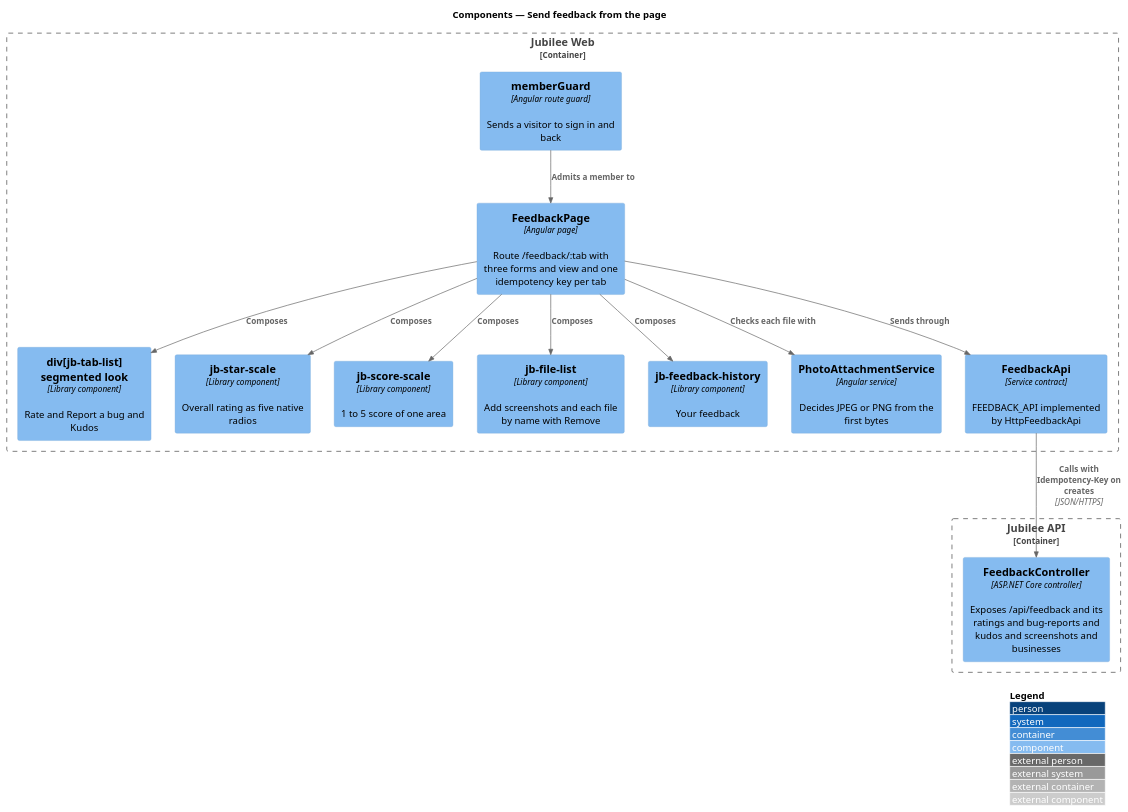
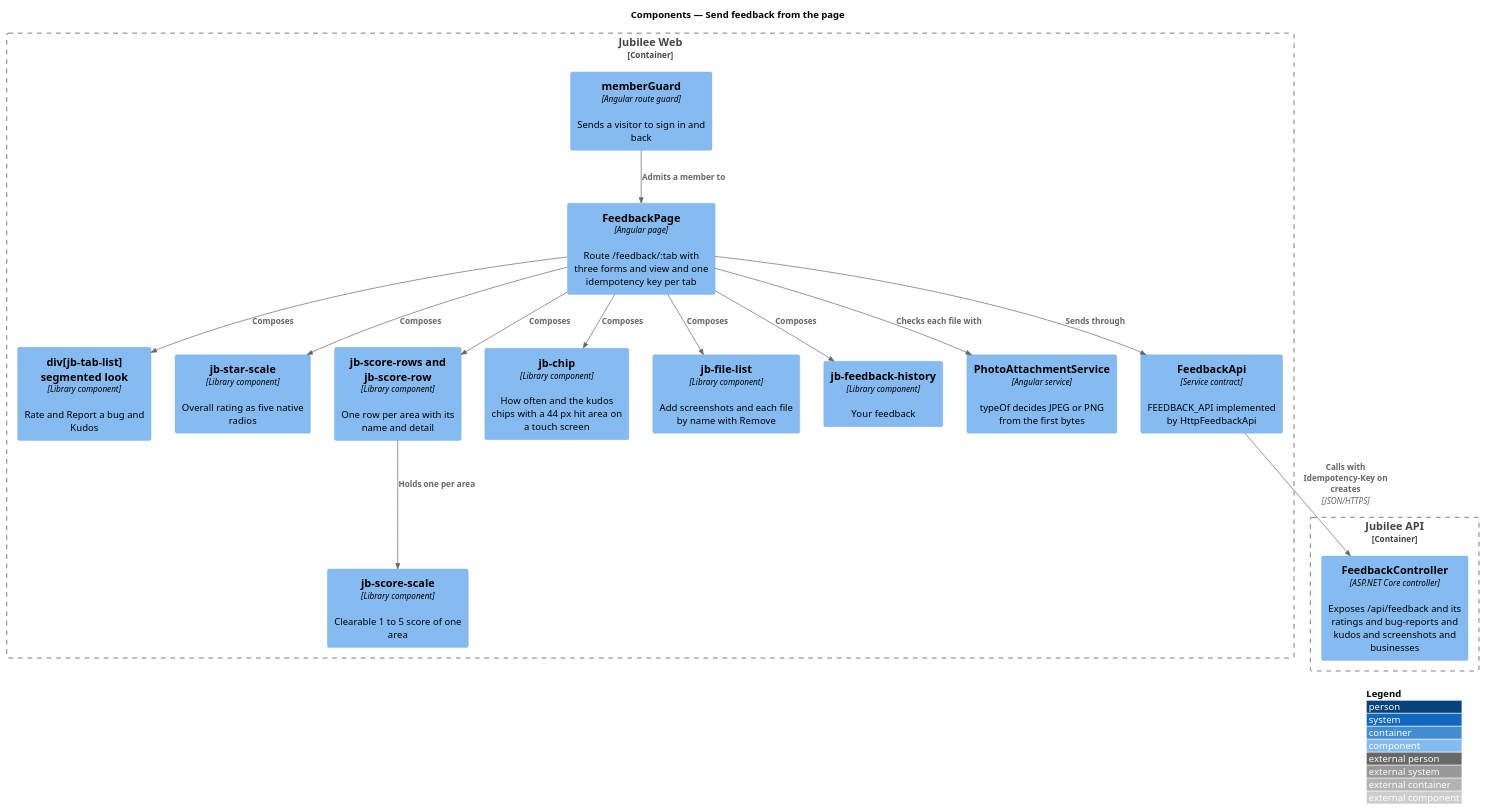
Before and after one commit to QuinntyneBrown/jubilee: the diagram in docs/detailed-designs/feedback/send-feedback-from-page/diagrams/c4-component.puml, drawn with PlantUML. The commit also changed 56 other files, not shown here.

```diff
--- a/docs/detailed-designs/feedback/send-feedback-from-page/diagrams/c4-component.puml
+++ b/docs/detailed-designs/feedback/send-feedback-from-page/diagrams/c4-component.puml
@@ -1,30 +1,34 @@
 @startuml
 !include <C4/C4_Component>
 LAYOUT_WITH_LEGEND()
 title Components — Send feedback from the page
 
 Container_Boundary(web, "Jubilee Web") {
   Component(guard, "memberGuard", "Angular route guard", "Sends a visitor to sign in and back")
   Component(page, "FeedbackPage", "Angular page", "Route /feedback/:tab with three forms and view and one idempotency key per tab")
   Component(tabs, "div[jb-tab-list] segmented look", "Library component", "Rate and Report a bug and Kudos")
   Component(stars, "jb-star-scale", "Library component", "Overall rating as five native radios")
-  Component(scores, "jb-score-scale", "Library component", "1 to 5 score of one area")
+  Component(rows, "jb-score-rows and jb-score-row", "Library component", "One row per area with its name and detail")
+  Component(scores, "jb-score-scale", "Library component", "Clearable 1 to 5 score of one area")
+  Component(chips, "jb-chip", "Library component", "How often and the kudos chips with a 44 px hit area on a touch screen")
   Component(files, "jb-file-list", "Library component", "Add screenshots and each file by name with Remove")
   Component(history, "jb-feedback-history", "Library component", "Your feedback")
-  Component(photo, "PhotoAttachmentService", "Angular service", "Decides JPEG or PNG from the first bytes")
+  Component(photo, "PhotoAttachmentService", "Angular service", "typeOf decides JPEG or PNG from the first bytes")
   Component(client, "FeedbackApi", "Service contract", "FEEDBACK_API implemented by HttpFeedbackApi")
 }
 Container_Boundary(api, "Jubilee API") {
   Component(ctrl, "FeedbackController", "ASP.NET Core controller", "Exposes /api/feedback and its ratings and bug-reports and kudos and screenshots and businesses")
 }
 
 Rel(guard, page, "Admits a member to")
 Rel(page, tabs, "Composes")
 Rel(page, stars, "Composes")
-Rel(page, scores, "Composes")
+Rel(page, rows, "Composes")
+Rel(rows, scores, "Holds one per area")
+Rel(page, chips, "Composes")
 Rel(page, files, "Composes")
 Rel(page, history, "Composes")
 Rel(page, photo, "Checks each file with")
 Rel(page, client, "Sends through")
 Rel(client, ctrl, "Calls with Idempotency-Key on creates", "JSON/HTTPS")
 @enduml
```
